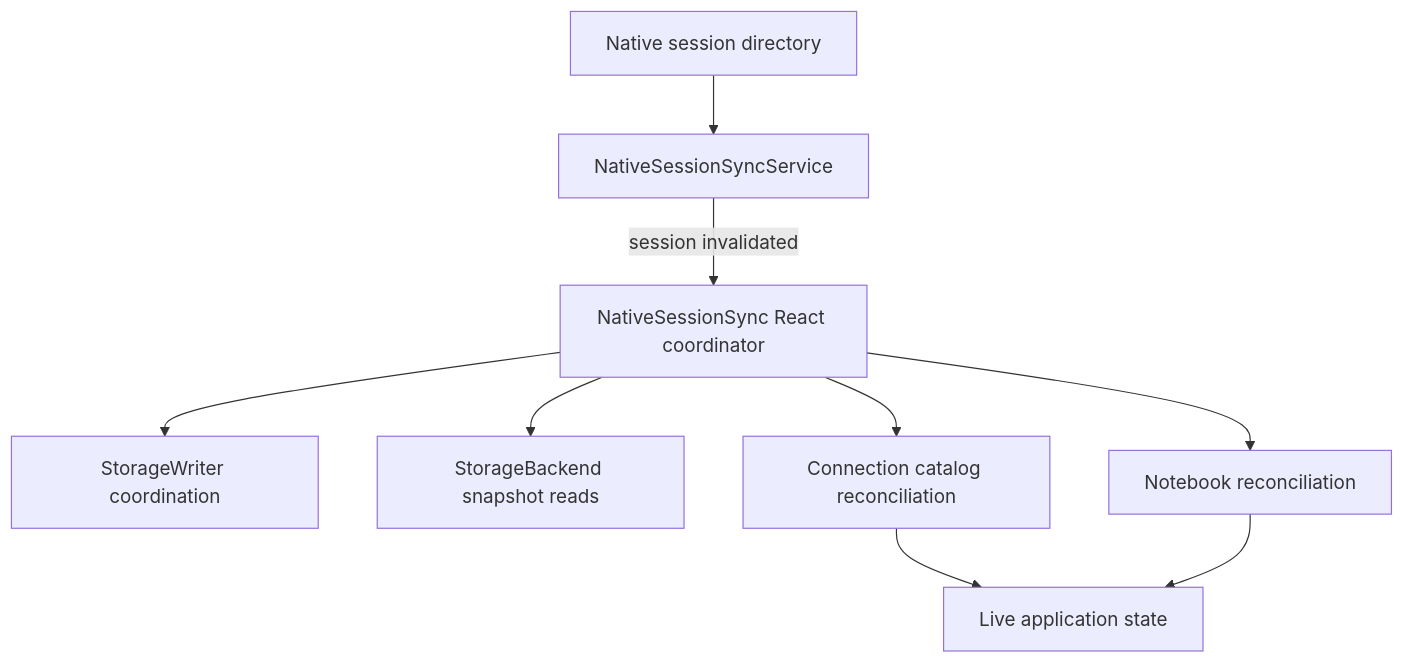
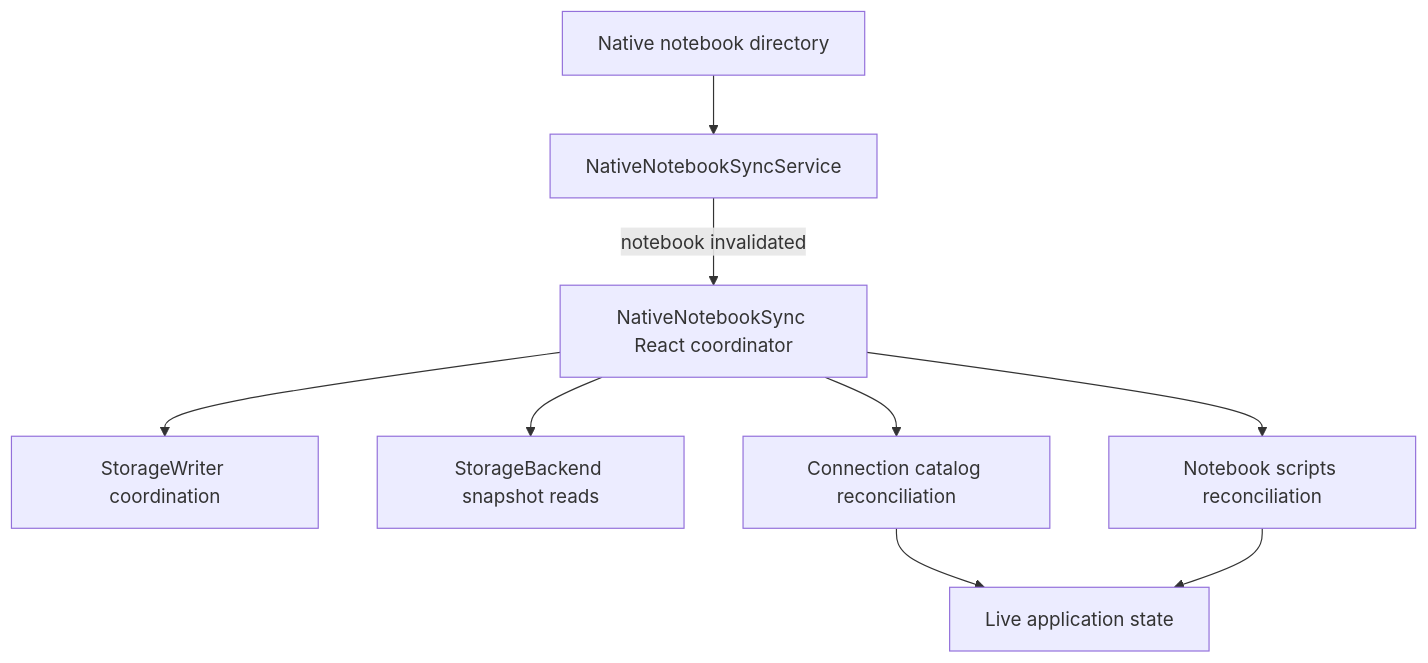
One commit to ankoh/dashql changed the first of 2 diagrams in docs/design/native_file_sync.md. Above: the diagram before and after it, drawn with Mermaid. The commit also changed other lines of this file and 247 other files, not shown here.

````diff
--- a/docs/design/native_file_sync.md
+++ b/docs/design/native_file_sync.md
@@ -62,11 +62,11 @@
 ```mermaid
 flowchart TD
-    FS[Native session directory] --> WS[NativeSessionSyncService]
-    WS -->|session invalidated| RC[NativeSessionSync React coordinator]
+    FS[Native notebook directory] --> WS[NativeNotebookSyncService]
+    WS -->|notebook invalidated| RC[NativeNotebookSync React coordinator]
     RC --> SW[StorageWriter coordination]
     RC --> SB[StorageBackend snapshot reads]
     RC --> CS[Connection catalog reconciliation]
-    RC --> NS[Notebook reconciliation]
+    RC --> NS[Notebook scripts reconciliation]
     CS --> UI[Live application state]
     NS --> UI
 ```
````
